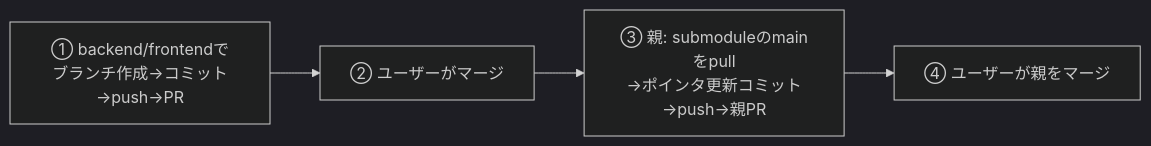
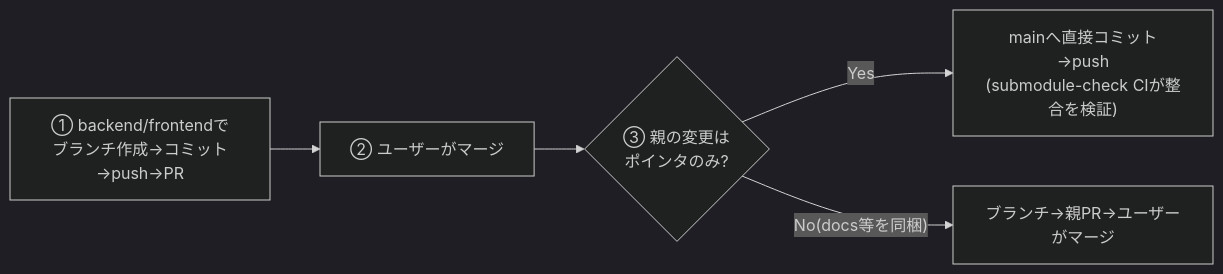
The diagram in .claude/skills/submodule-pr/SKILL.md (shin4488/financial-statement), drawn with Mermaid (dark theme) before and after one commit. The commit also changed other lines of this file and 1 other file, not shown here.

````diff
--- a/.claude/skills/submodule-pr/SKILL.md
+++ b/.claude/skills/submodule-pr/SKILL.md
@@ -17,6 +17,7 @@
 ```mermaid
 flowchart LR
     A["① backend/frontendで<br>ブランチ作成→コミット→push→PR"] --> B["② ユーザーがマージ"]
-    B --> C["③ 親: submoduleのmainをpull<br>→ポインタ更新コミット→push→親PR"]
-    C --> D["④ ユーザーが親をマージ"]
+    B --> C{"③ 親の変更は<br>ポインタのみ?"}
+    C -->|Yes| D["mainへ直接コミット→push<br>(submodule-check CIが整合を検証)"]
+    C -->|"No(docs等を同梱)"| E["ブランチ→親PR→ユーザーがマージ"]
 ```
````
